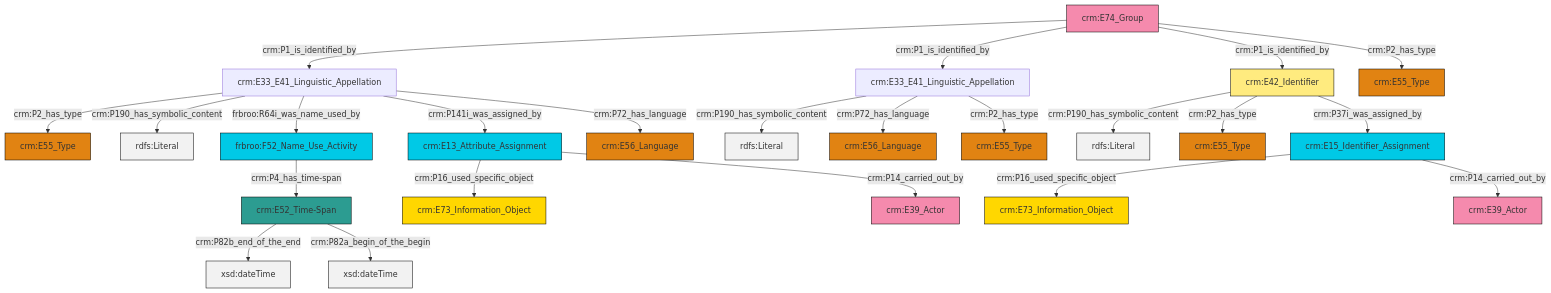
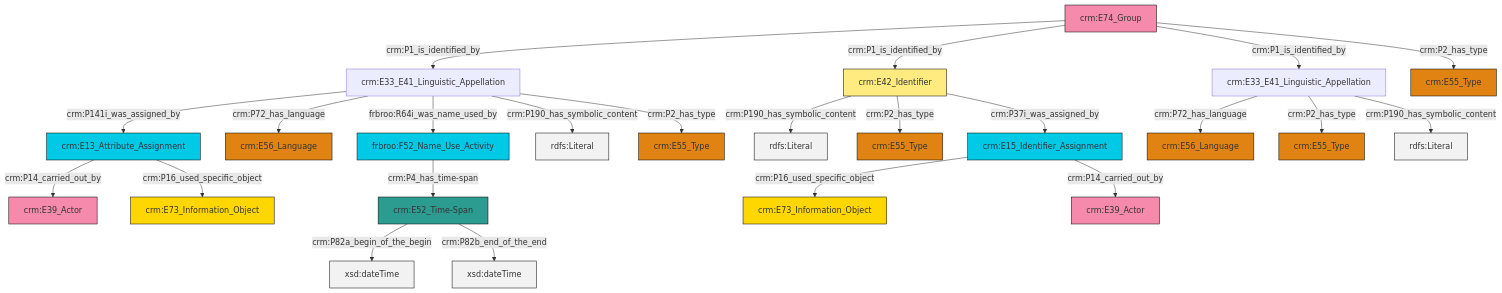
One commit to swiss-art-research-net/reference-data-models changed the diagram in et/groupCSV/ttl/mmd/group_name.ttl.mmd. Above: the diagram before and after it, drawn with Mermaid. The commit also changed 129 other files, not shown here.

```diff
--- a/et/groupCSV/ttl/mmd/group_name.ttl.mmd
+++ b/et/groupCSV/ttl/mmd/group_name.ttl.mmd
@@ -1,37 +1,37 @@
 graph TD
 classDef Literal fill:#f2f2f2,stroke:#000000;
 classDef CRM_Entity fill:#FFFFFF,stroke:#000000;
 classDef Temporal_Entity fill:#00C9E6, stroke:#000000;
 classDef Type fill:#E18312, stroke:#000000;
 classDef Time-Span fill:#2C9C91, stroke:#000000;
 classDef Appellation fill:#FFEB7F, stroke:#000000;
 classDef Place fill:#008836, stroke:#000000;
 classDef Persistent_Item fill:#B266B2, stroke:#000000;
 classDef Conceptual_Object fill:#FFD700, stroke:#000000;
 classDef Physical_Thing fill:#D2B48C, stroke:#000000;
 classDef Actor fill:#f58aad, stroke:#000000;
 classDef PC_Classes fill:#4ce600, stroke:#000000;
 classDef Multi fill:#cccccc,stroke:#000000;
 
-0["crm:E33_E41_Linguistic_Appellation"]:::Default -->|crm:P2_has_type| 1["crm:E55_Type"]:::Type
-4["crm:E33_E41_Linguistic_Appellation"]:::Default -->|crm:P190_has_symbolic_content| 5[rdfs:Literal]:::Literal
-7["crm:E15_Identifier_Assignment"]:::Temporal_Entity -->|crm:P16_used_specific_object| 8["crm:E73_Information_Object"]:::Conceptual_Object
-0["crm:E33_E41_Linguistic_Appellation"]:::Default -->|crm:P190_has_symbolic_content| 12[rdfs:Literal]:::Literal
-13["crm:E42_Identifier"]:::Appellation -->|crm:P190_has_symbolic_content| 14[rdfs:Literal]:::Literal
-13["crm:E42_Identifier"]:::Appellation -->|crm:P2_has_type| 15["crm:E55_Type"]:::Type
-7["crm:E15_Identifier_Assignment"]:::Temporal_Entity -->|crm:P14_carried_out_by| 16["crm:E39_Actor"]:::Actor
-17["crm:E74_Group"]:::Actor -->|crm:P1_is_identified_by| 0["crm:E33_E41_Linguistic_Appellation"]:::Default
-18["frbroo:F52_Name_Use_Activity"]:::Temporal_Entity -->|crm:P4_has_time-span| 19["crm:E52_Time-Span"]:::Time-Span
-2["crm:E13_Attribute_Assignment"]:::Temporal_Entity -->|crm:P16_used_specific_object| 20["crm:E73_Information_Object"]:::Conceptual_Object
-0["crm:E33_E41_Linguistic_Appellation"]:::Default -->|frbroo:R64i_was_name_used_by| 18["frbroo:F52_Name_Use_Activity"]:::Temporal_Entity
-2["crm:E13_Attribute_Assignment"]:::Temporal_Entity -->|crm:P14_carried_out_by| 10["crm:E39_Actor"]:::Actor
-4["crm:E33_E41_Linguistic_Appellation"]:::Default -->|crm:P72_has_language| 23["crm:E56_Language"]:::Type
-17["crm:E74_Group"]:::Actor -->|crm:P1_is_identified_by| 4["crm:E33_E41_Linguistic_Appellation"]:::Default
-0["crm:E33_E41_Linguistic_Appellation"]:::Default -->|crm:P141i_was_assigned_by| 2["crm:E13_Attribute_Assignment"]:::Temporal_Entity
-17["crm:E74_Group"]:::Actor -->|crm:P1_is_identified_by| 13["crm:E42_Identifier"]:::Appellation
-19["crm:E52_Time-Span"]:::Time-Span -->|crm:P82b_end_of_the_end| 33[xsd:dateTime]:::Literal
-0["crm:E33_E41_Linguistic_Appellation"]:::Default -->|crm:P72_has_language| 24["crm:E56_Language"]:::Type
-4["crm:E33_E41_Linguistic_Appellation"]:::Default -->|crm:P2_has_type| 36["crm:E55_Type"]:::Type
-19["crm:E52_Time-Span"]:::Time-Span -->|crm:P82a_begin_of_the_begin| 38[xsd:dateTime]:::Literal
-13["crm:E42_Identifier"]:::Appellation -->|crm:P37i_was_assigned_by| 7["crm:E15_Identifier_Assignment"]:::Temporal_Entity
-17["crm:E74_Group"]:::Actor -->|crm:P2_has_type| 34["crm:E55_Type"]:::Type
+4["crm:E74_Group"]:::Actor -->|crm:P1_is_identified_by| 5["crm:E33_E41_Linguistic_Appellation"]:::Default
+5["crm:E33_E41_Linguistic_Appellation"]:::Default -->|crm:P141i_was_assigned_by| 6["crm:E13_Attribute_Assignment"]:::Temporal_Entity
+11["crm:E15_Identifier_Assignment"]:::Temporal_Entity -->|crm:P16_used_specific_object| 12["crm:E73_Information_Object"]:::Conceptual_Object
+5["crm:E33_E41_Linguistic_Appellation"]:::Default -->|crm:P72_has_language| 13["crm:E56_Language"]:::Type
+6["crm:E13_Attribute_Assignment"]:::Temporal_Entity -->|crm:P14_carried_out_by| 9["crm:E39_Actor"]:::Actor
+11["crm:E15_Identifier_Assignment"]:::Temporal_Entity -->|crm:P14_carried_out_by| 19["crm:E39_Actor"]:::Actor
+0["crm:E33_E41_Linguistic_Appellation"]:::Default -->|crm:P72_has_language| 20["crm:E56_Language"]:::Type
+5["crm:E33_E41_Linguistic_Appellation"]:::Default -->|frbroo:R64i_was_name_used_by| 21["frbroo:F52_Name_Use_Activity"]:::Temporal_Entity
+7["crm:E42_Identifier"]:::Appellation -->|crm:P190_has_symbolic_content| 25[rdfs:Literal]:::Literal
+6["crm:E13_Attribute_Assignment"]:::Temporal_Entity -->|crm:P16_used_specific_object| 2["crm:E73_Information_Object"]:::Conceptual_Object
+0["crm:E33_E41_Linguistic_Appellation"]:::Default -->|crm:P2_has_type| 23["crm:E55_Type"]:::Type
+21["frbroo:F52_Name_Use_Activity"]:::Temporal_Entity -->|crm:P4_has_time-span| 29["crm:E52_Time-Span"]:::Time-Span
+7["crm:E42_Identifier"]:::Appellation -->|crm:P2_has_type| 14["crm:E55_Type"]:::Type
+29["crm:E52_Time-Span"]:::Time-Span -->|crm:P82a_begin_of_the_begin| 32[xsd:dateTime]:::Literal
+4["crm:E74_Group"]:::Actor -->|crm:P1_is_identified_by| 7["crm:E42_Identifier"]:::Appellation
+4["crm:E74_Group"]:::Actor -->|crm:P1_is_identified_by| 0["crm:E33_E41_Linguistic_Appellation"]:::Default
+29["crm:E52_Time-Span"]:::Time-Span -->|crm:P82b_end_of_the_end| 35[xsd:dateTime]:::Literal
+7["crm:E42_Identifier"]:::Appellation -->|crm:P37i_was_assigned_by| 11["crm:E15_Identifier_Assignment"]:::Temporal_Entity
+4["crm:E74_Group"]:::Actor -->|crm:P2_has_type| 30["crm:E55_Type"]:::Type
+5["crm:E33_E41_Linguistic_Appellation"]:::Default -->|crm:P190_has_symbolic_content| 38[rdfs:Literal]:::Literal
+0["crm:E33_E41_Linguistic_Appellation"]:::Default -->|crm:P190_has_symbolic_content| 40[rdfs:Literal]:::Literal
+5["crm:E33_E41_Linguistic_Appellation"]:::Default -->|crm:P2_has_type| 17["crm:E55_Type"]:::Type
```
